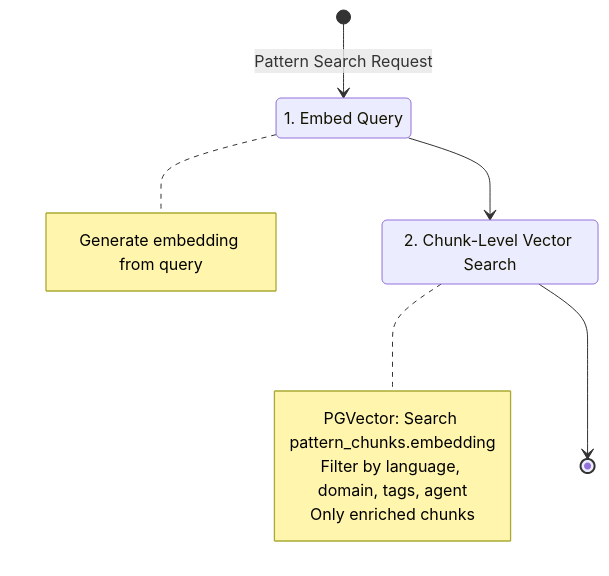
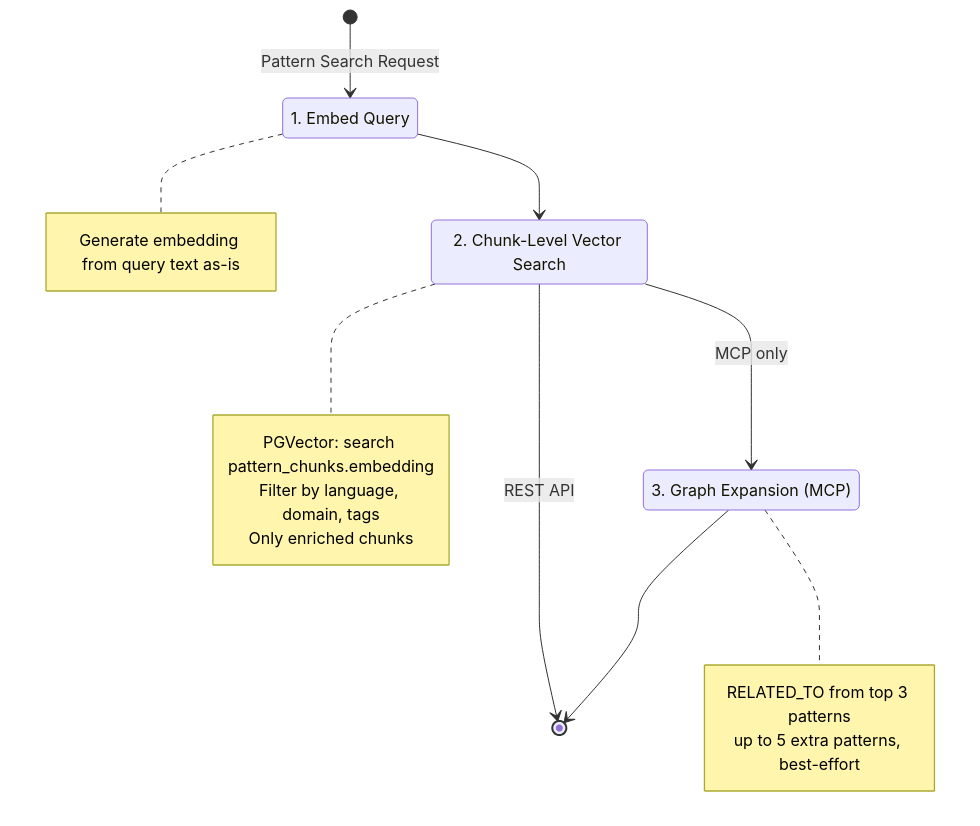
One commit to twistingmercury/mnemonic-docs changed the third of 5 diagrams in docs/design/pattern-processing.md. Above: the diagram before and after it, drawn with Mermaid. The commit also changed other lines of this file and 41 other files, not shown here.

````diff
--- a/docs/design/pattern-processing.md
+++ b/docs/design/pattern-processing.md
@@ -336,20 +374,29 @@
 ```mermaid
 stateDiagram-v2
     [*] --> EmbedQuery: Pattern Search Request
 
     state "1. Embed Query" as EmbedQuery
     note right of EmbedQuery
-        Generate embedding from query
+        Generate embedding from query text as-is
     end note
 
     EmbedQuery --> VectorSearch
 
     state "2. Chunk-Level Vector Search" as VectorSearch
     note right of VectorSearch
-        PGVector: Search pattern_chunks.embedding
-        Filter by language, domain, tags, agent
+        PGVector: search pattern_chunks.embedding
+        Filter by language, domain, tags
         Only enriched chunks
     end note
 
-    VectorSearch --> [*]
+    VectorSearch --> GraphExpand: MCP only
+    VectorSearch --> [*]: REST API
+
+    state "3. Graph Expansion (MCP)" as GraphExpand
+    note right of GraphExpand
+        RELATED_TO from top 3 patterns
+        up to 5 extra patterns, best-effort
+    end note
+
+    GraphExpand --> [*]
 ```
````
